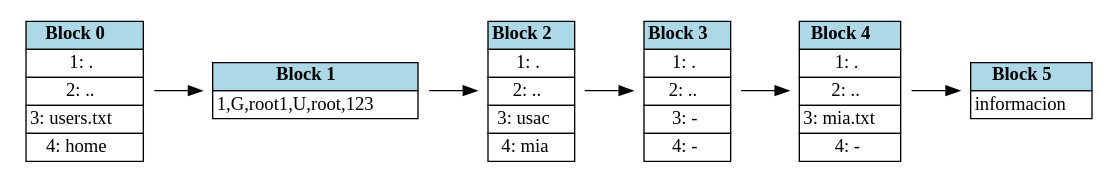
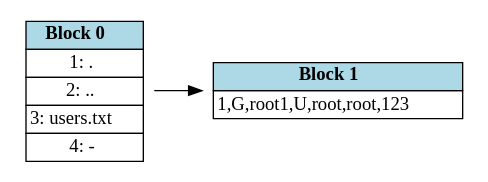
One commit to AbdielOtzoy/MIA_1S2025_P1_202300350 changed the diagram in backend/output/report_block.dot. Above: the diagram before and after it, drawn with Graphviz. The commit also changed 8 other files, not shown here.

```diff
--- a/backend/output/report_block.dot
+++ b/backend/output/report_block.dot
@@ -1,53 +1,20 @@
 digraph G {
 		rankdir=LR; // Alineación horizontal
 		node [shape=plaintext]
 	block0 [label=<
 <table border='0' cellborder='1' cellspacing='0'>
 <tr><td bgcolor='lightblue'><b>Block 0</b></td></tr>
 <tr><td>1: .</td></tr>
 <tr><td>2: ..</td></tr>
 <tr><td>3: users.txt</td></tr>
-<tr><td>4: home</td></tr>
+<tr><td>4: -</td></tr>
 </table>>];
 block1 [label=<
 <table border='0' cellborder='1' cellspacing='0'>
 <tr><td bgcolor='lightblue'><b>Block 1</b></td></tr>
 <tr><td>1,G,root
-1,U,root,123
+1,U,root,root,123
 </td></tr>
 </table>>];
-block2 [label=<
-<table border='0' cellborder='1' cellspacing='0'>
-<tr><td bgcolor='lightblue'><b>Block 2</b></td></tr>
-<tr><td>1: .</td></tr>
-<tr><td>2: ..</td></tr>
-<tr><td>3: usac</td></tr>
-<tr><td>4: mia</td></tr>
-</table>>];
-block3 [label=<
-<table border='0' cellborder='1' cellspacing='0'>
-<tr><td bgcolor='lightblue'><b>Block 3</b></td></tr>
-<tr><td>1: .</td></tr>
-<tr><td>2: ..</td></tr>
-<tr><td>3: -</td></tr>
-<tr><td>4: -</td></tr>
-</table>>];
-block4 [label=<
-<table border='0' cellborder='1' cellspacing='0'>
-<tr><td bgcolor='lightblue'><b>Block 4</b></td></tr>
-<tr><td>1: .</td></tr>
-<tr><td>2: ..</td></tr>
-<tr><td>3: mia.txt</td></tr>
-<tr><td>4: -</td></tr>
-</table>>];
-block5 [label=<
-<table border='0' cellborder='1' cellspacing='0'>
-<tr><td bgcolor='lightblue'><b>Block 5</b></td></tr>
-<tr><td>informacion</td></tr>
-</table>>];
 block0 -> block1;
-block1 -> block2;
-block2 -> block3;
-block3 -> block4;
-block4 -> block5;
 }
```
